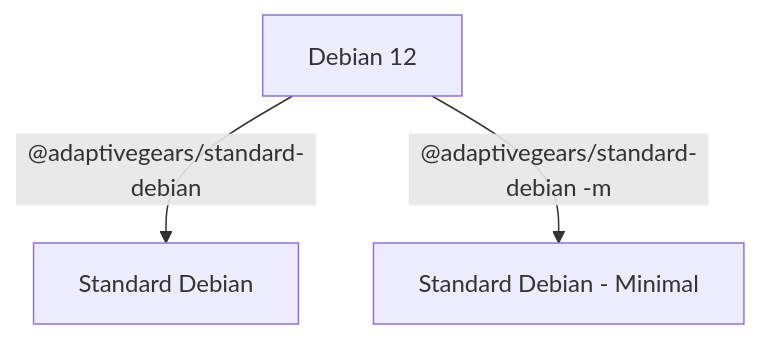
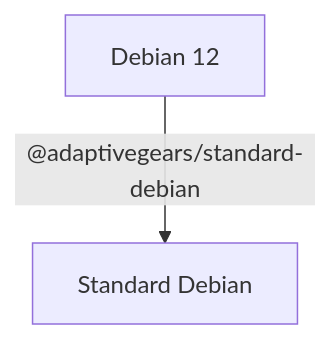
One commit to adaptivegears/ansible-collection-actions changed the diagram in README.md. Above: the diagram before and after it, drawn with Mermaid. The commit also changed 9 other files, not shown here.

Commit message:
remove minimal debian installation option

````diff
--- a/README.md
+++ b/README.md
@@ -3,9 +3,7 @@
 ```mermaid
 flowchart TB
     Debian12[Debian 12]
     StandardDebian[Standard Debian]
-    MinimalDebian[Standard Debian - Minimal]
 
     Debian12 -- @adaptivegears/standard-debian --> StandardDebian
-    Debian12 -- @adaptivegears/standard-debian -m --> MinimalDebian
 ```
````
